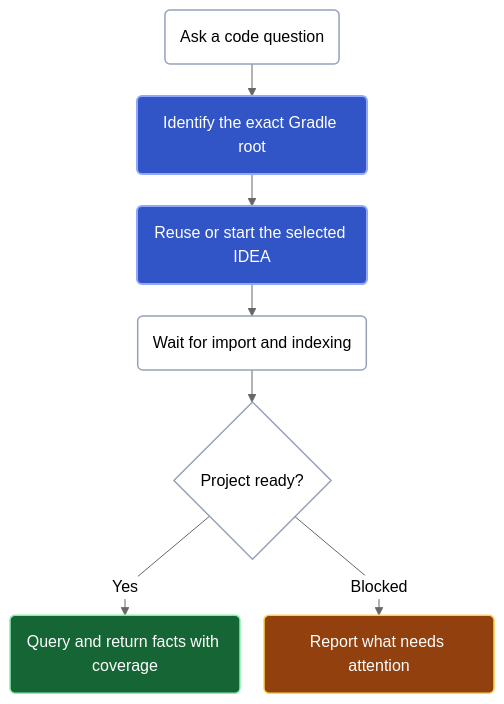
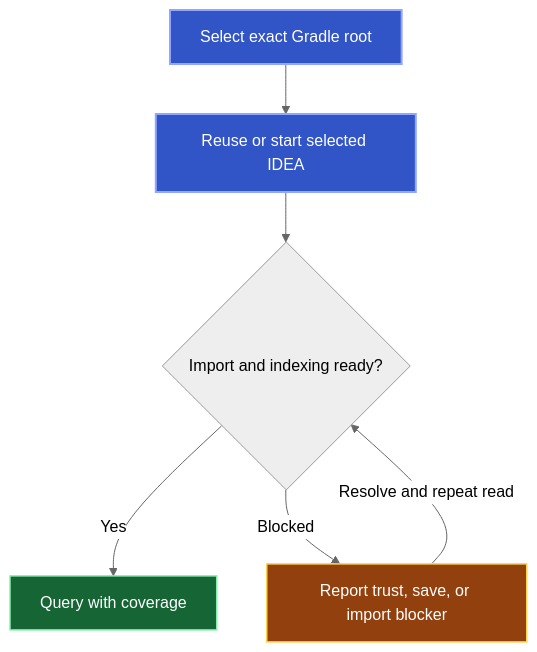
The diagram in docs/public/concepts/background-startup.mdx (amichne/kast), drawn with Mermaid (neutral theme) before and after one commit. The commit also changed other lines of this file and 23 other files, not shown here.

Commit message:
admin-mcp/concise-docs-and-purposeful-diagrams-faa385d (#929)

````diff
--- a/docs/public/concepts/background-startup.mdx
+++ b/docs/public/concepts/background-startup.mdx
@@ -12,19 +12,17 @@
 ```mermaid
-%%{init: {"flowchart": {"curve": "linear", "nodeSpacing": 24, "rankSpacing": 32}}}%%
 flowchart TB
-  accTitle: Background preparation ends in a ready query or an explicit blocker
-  accDescr: A question selects an exact Gradle root and its IntelliJ IDEA host. Kast waits for project readiness, then runs the query or reports the blocker instead of returning an empty semantic answer.
-  A("Ask a code question") --> B("Identify the exact Gradle root")
-  B --> C("Reuse or start the selected IDEA")
-  C --> D("Wait for import and indexing")
-  D --> R{"Project ready?"}
-  R -->|Yes| E("Query and return facts with coverage")
-  R -->|Blocked| F("Report what needs attention")
-  classDef default fill:transparent,stroke:#94A3B8,stroke-width:1.5px;
+  accTitle: Readiness determines whether Kast queries or reports a blocker
+  accDescr: Kast selects the exact Gradle root, reuses or starts IDEA, and waits for import and indexing. A ready project permits the query. A blocker requires attention and never becomes an empty semantic result.
+  A["Select exact Gradle root"] --> B["Reuse or start selected IDEA"]
+  B --> C{"Import and indexing ready?"}
+  C -->|Yes| D["Query with coverage"]
+  C -->|Blocked| E["Report trust, save, or import blocker"]
+  E -->|Resolve and repeat read| C
+  class A,B authority;
+  class D evidence;
+  class E limited;
   classDef authority fill:#3154C7,color:#FFFFFF,stroke:#8FA7FF,stroke-width:2px;
   classDef evidence fill:#166534,color:#FFFFFF,stroke:#86EFAC,stroke-width:1.5px;
   classDef limited fill:#92400E,color:#FFFFFF,stroke:#FCD34D,stroke-width:1.5px;
-  class B,C authority;
-  class E evidence;
-  class F limited;
+  classDef rejected fill:#991B1B,color:#FFFFFF,stroke:#FCA5A5,stroke-width:1.5px;
 ```
````
